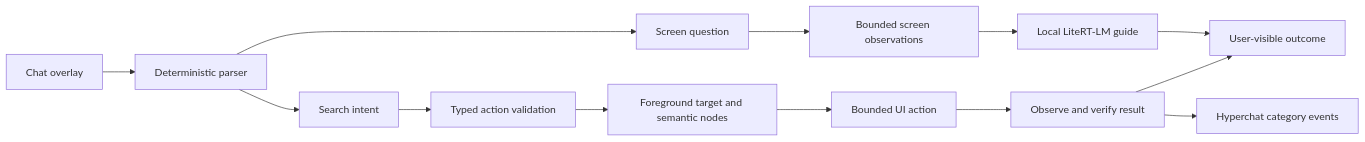
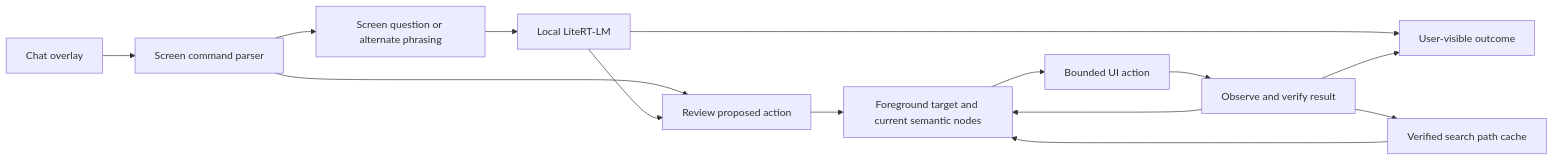
The diagram in docs/architecture.md (Hanzi-Cho/hyperchat), drawn with Mermaid before and after one commit. The commit also changed other lines of this file and 22 other files, not shown here.

Commit message:
Extend approved screen actions to foreground apps

````diff
--- a/docs/architecture.md
+++ b/docs/architecture.md
@@ -5,15 +5,16 @@
 ```mermaid
 flowchart LR
-    A[Chat overlay] --> P[Deterministic parser]
-    P --> B[Search intent]
-    P --> L[Screen question]
-    B --> C[Typed action validation]
-    C --> D[Foreground target and semantic nodes]
+    A[Chat overlay] --> P[Screen command parser]
+    P --> C[Review proposed action]
+    P --> L[Screen question or alternate phrasing]
+    L --> N[Local LiteRT-LM]
+    N --> G[User-visible outcome]
+    N --> C
+    C --> D[Foreground target and current semantic nodes]
     D --> E[Bounded UI action]
     E --> F[Observe and verify result]
-    F --> G[User-visible outcome]
-    F --> H[Hyperchat category events]
-    L --> M[Bounded screen observations]
-    M --> N[Local LiteRT-LM guide]
-    N --> G
+    F --> D
+    F --> G
+    F --> H[Verified search path cache]
+    H --> D
 ```
````
